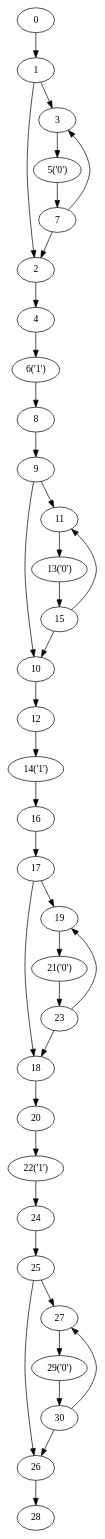
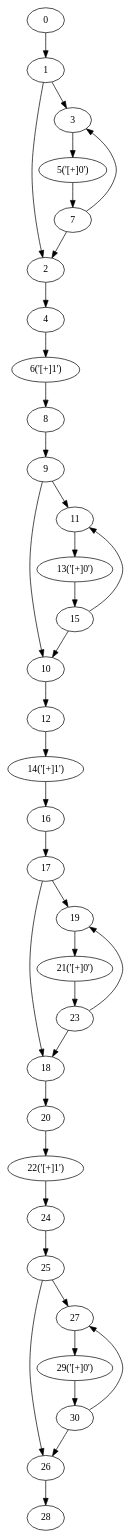
Before and after one commit to yyl-20020115/NRegEx: the diagram in NRegex.Test/Graphs/TestMethod08.dot, drawn with Graphviz. The commit also changed 27 other files, not shown here.

```diff
--- a/NRegex.Test/Graphs/TestMethod08.dot
+++ b/NRegex.Test/Graphs/TestMethod08.dot
@@ -1,71 +1,71 @@
 digraph g {
 	0 ;
 	1 ;
 	2 ;
 	3 ;
 	4 ;
-	5 [label="5('0')"];
-	6 [label="6('1')"];
+	5 [label="5('[+]0')"];
+	6 [label="6('[+]1')"];
 	7 ;
 	8 ;
 	9 ;
 	10 ;
 	11 ;
 	12 ;
-	13 [label="13('0')"];
-	14 [label="14('1')"];
+	13 [label="13('[+]0')"];
+	14 [label="14('[+]1')"];
 	15 ;
 	16 ;
 	17 ;
 	18 ;
 	19 ;
 	20 ;
-	21 [label="21('0')"];
-	22 [label="22('1')"];
+	21 [label="21('[+]0')"];
+	22 [label="22('[+]1')"];
 	23 ;
 	24 ;
 	25 ;
 	26 ;
 	27 ;
 	28 ;
-	29 [label="29('0')"];
+	29 [label="29('[+]0')"];
 	30 ;
 	0->1;
 	1->2;
 	7->2;
 	1->3;
 	7->3;
 	2->4;
 	3->5;
 	4->6;
 	5->7;
 	6->8;
 	8->9;
 	9->10;
 	15->10;
 	9->11;
 	15->11;
 	10->12;
 	11->13;
 	12->14;
 	13->15;
 	14->16;
 	16->17;
 	17->18;
 	23->18;
 	17->19;
 	23->19;
 	18->20;
 	19->21;
 	20->22;
 	21->23;
 	22->24;
 	24->25;
 	25->26;
 	30->26;
 	25->27;
 	30->27;
 	26->28;
 	27->29;
 	29->30;
 }
```
